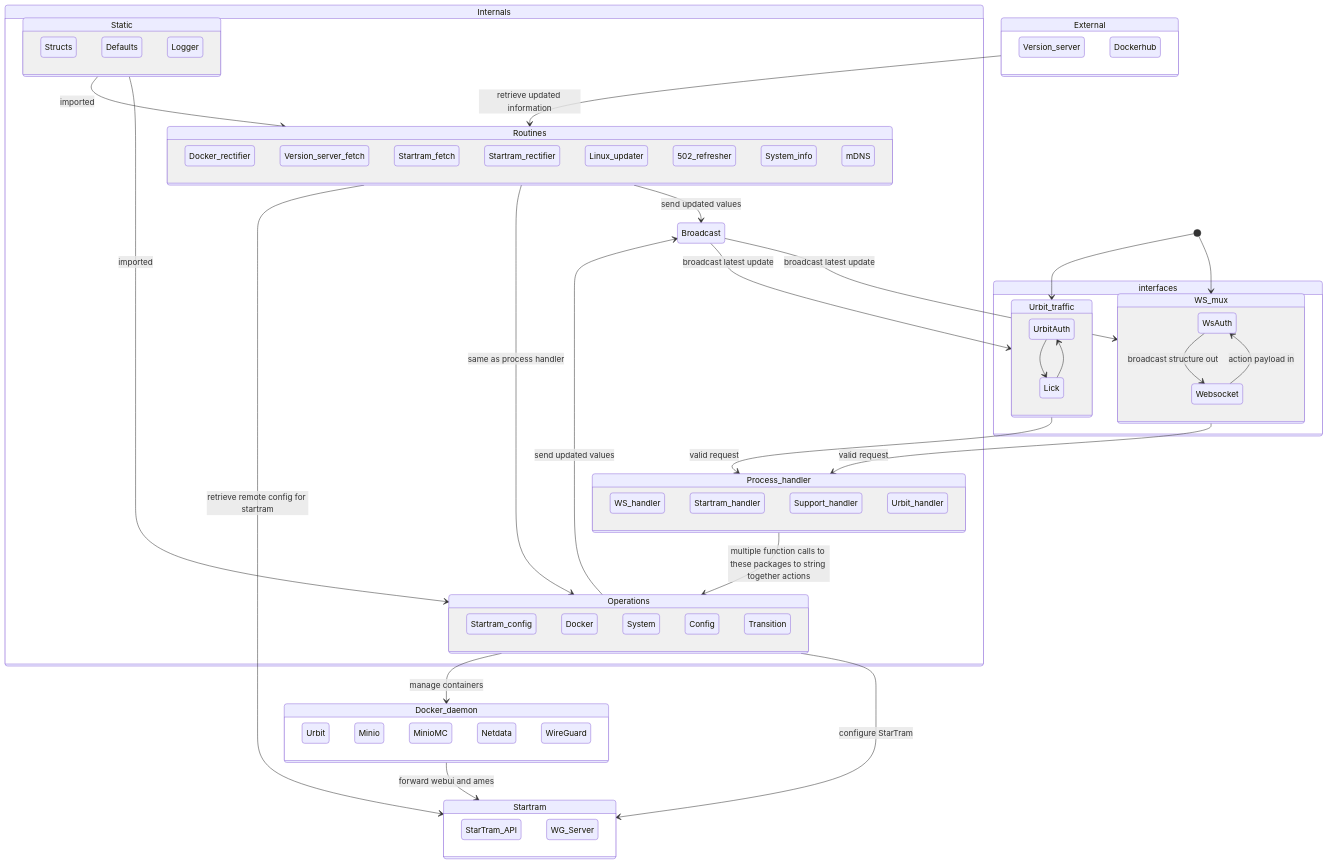
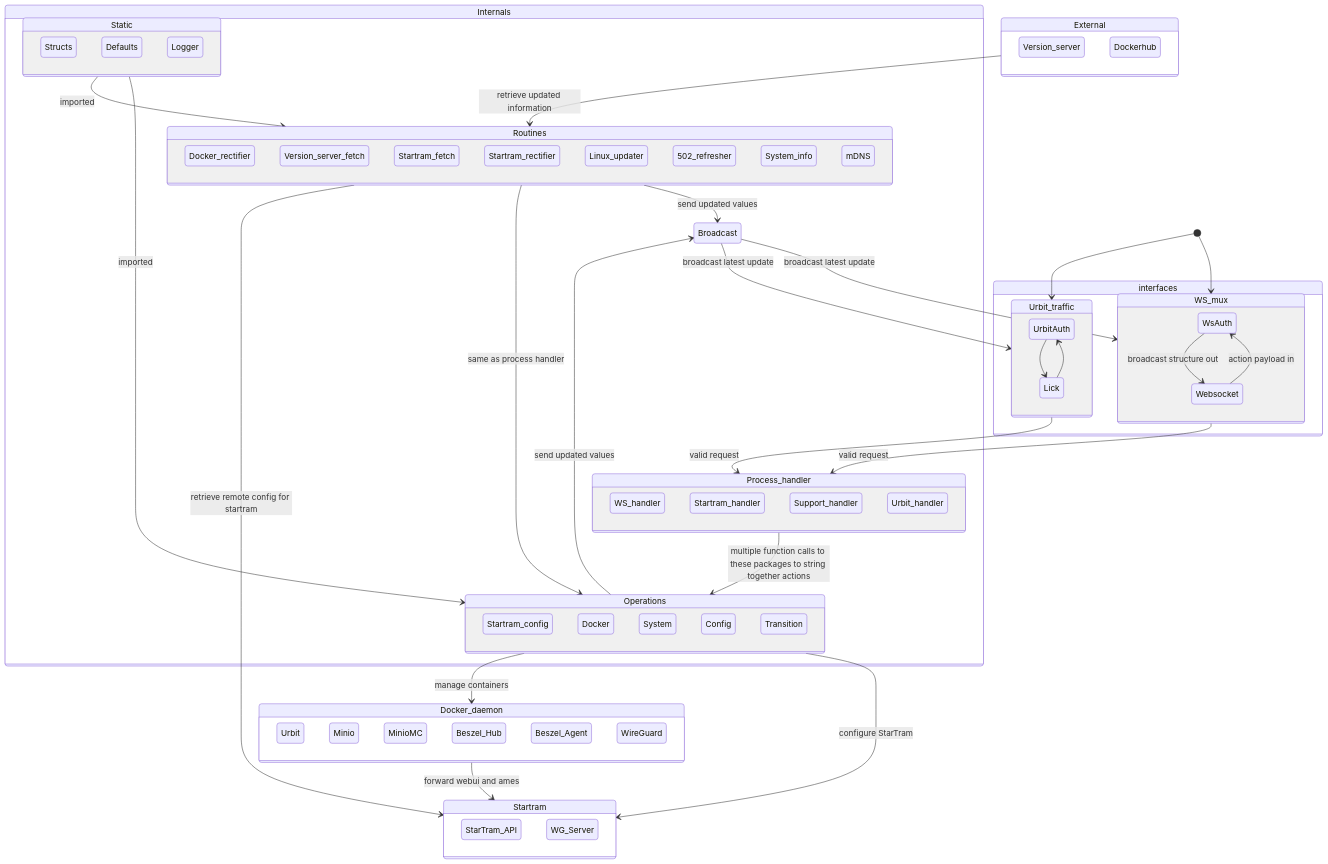
One commit to Native-Planet/GroundSeg changed the diagram in goseg/readme.md. Above: the diagram before and after it, drawn with Mermaid. The commit also changed 24 other files, not shown here.

First line of the commit message:
v2.8.7 Fix disk write atomicity; Netdata->Beszel (#766)

````diff
--- a/goseg/readme.md
+++ b/goseg/readme.md
@@ -3,79 +3,80 @@
 ```mermaid
 stateDiagram-v2
     direction TB
     accTitle: groundseg package diagram
     accDescr: Interactions between packages in Groundseg Go rewrite
     classDef bcase fill:#f00,color:white,font-weight:bold,stroke-width:2px,stroke:yellow
     Broadcast-->WS_mux: broadcast latest update
     Broadcast-->Urbit_traffic: broadcast latest update
     Static-->Operations: imported
     Static-->Routines: imported
     state Internals {
         state Static {
             Structs
             Defaults
             Logger
         }
         state Routines {
             Docker_rectifier
             Version_server_fetch
             Startram_fetch
             Startram_rectifier
             Linux_updater
             502_refresher
             System_info
             mDNS
         }
         state Operations {
             Startram_config
             Docker
             System
             Config
             Transition
         }
         state Process_handler {
             WS_handler
             Startram_handler
             Support_handler
             Urbit_handler
         }
         Process_handler-->Operations: multiple function calls to these packages to string together actions
         Operations-->Broadcast: send updated values
         Routines-->Broadcast: send updated values
     }
     [*]-->WS_mux
     [*]-->Urbit_traffic
     WS_mux-->Process_handler: valid request
     Urbit_traffic-->Process_handler: valid request
     Routines-->Operations: same as process handler
     state interfaces {
         state Urbit_traffic {
             UrbitAuth-->Lick
             Lick-->UrbitAuth
         }
         state WS_mux {
             WsAuth-->Websocket: broadcast structure out
             Websocket-->WsAuth: action payload in
         }
     }
     state External {
         Version_server
         Dockerhub
     }
     state Startram {
         StarTram_API
         WG_Server
     }
     External-->Routines: retrieve updated information
     Operations-->Startram: configure StarTram
     Routines-->Startram: retrieve remote config for startram
     state Docker_daemon {
         Urbit
         Minio
         MinioMC
-        Netdata
+        Beszel_Hub
+        Beszel_Agent
         WireGuard
     }
     Operations-->Docker_daemon: manage containers
     Docker_daemon-->Startram: forward webui and ames
 ```
````
